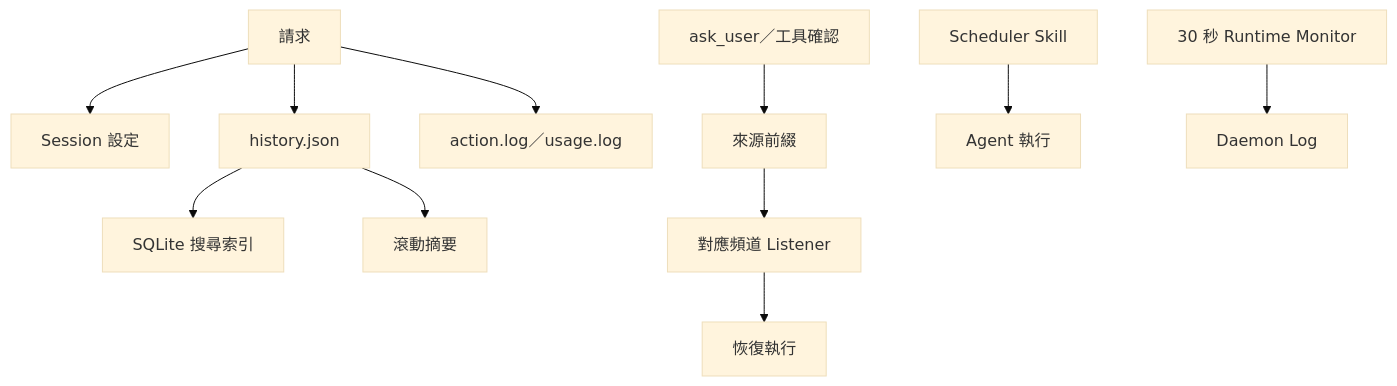
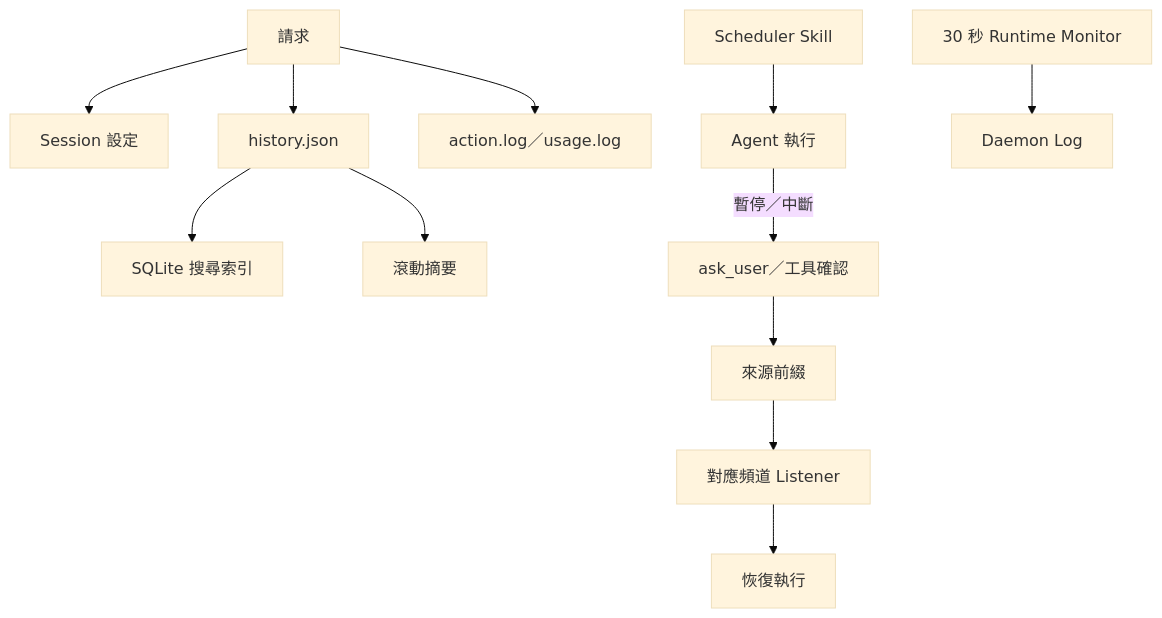
The sixth of 9 diagrams in doc/architecture.zh.md (agenvoy/Agenvoy), drawn with Mermaid (base theme) before and after one commit. The commit also changed other lines of this file and 5 other files, not shown here.

````diff
--- a/doc/architecture.zh.md
+++ b/doc/architecture.zh.md
@@ -114,13 +114,14 @@
 ```mermaid
 graph TB
     Request[請求] --> Session[Session 設定]
     Request --> History[history.json]
     History --> SQLite[SQLite 搜尋索引]
     History --> Summary[滾動摘要]
     Request --> Logs[action.log／usage.log]
     Pending[ask_user／工具確認] --> Origin[來源前綴]
     Origin --> Listener[對應頻道 Listener]
     Listener --> Resume[恢復執行]
+    Execute -->|暫停／中斷| Pending
     Scheduler[Scheduler Skill] --> Execute[Agent 執行]
     Monitor[30 秒 Runtime Monitor] --> DaemonLog[Daemon Log]
 ```
````
